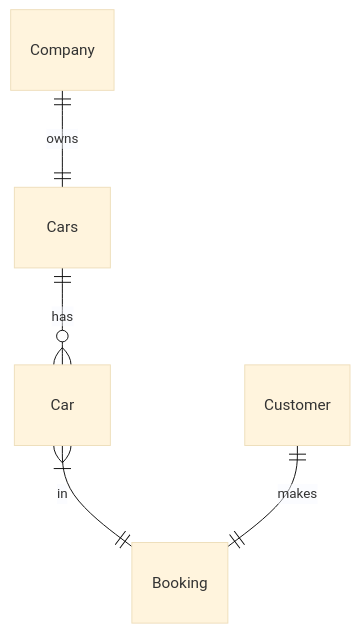
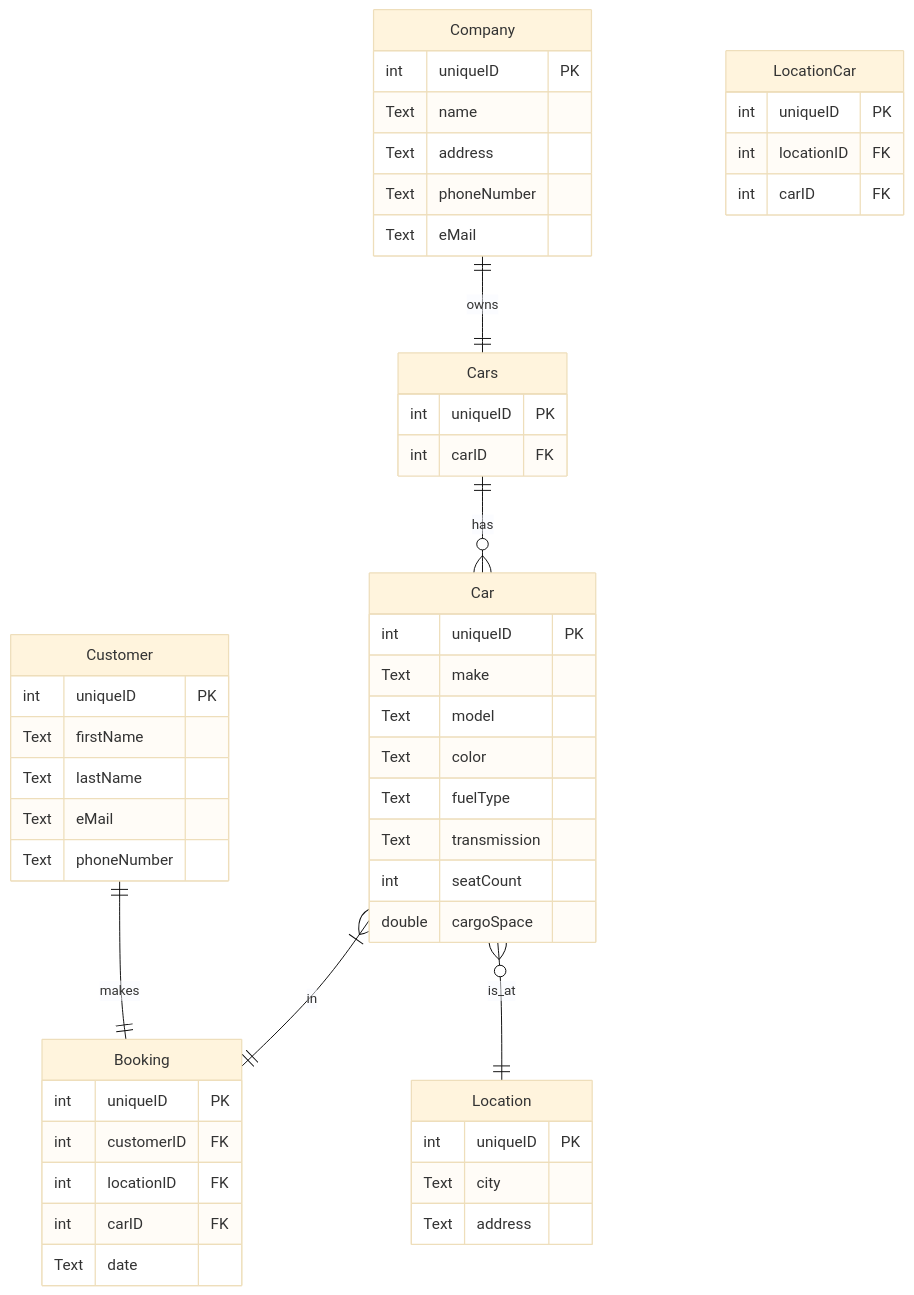
Before and after one commit to boolean-uk/java-data-modelling: the diagram in car-hire-company-er-diagram.md, drawn with Mermaid (base theme). The commit also changed 3 other files, not shown here.

Commit message:
Created Cars ER Diagram

`````diff
--- a/car-hire-company-er-diagram.md
+++ b/car-hire-company-er-diagram.md
@@ -1,22 +1,53 @@
 ````mermaid
 erDiagram
     Company {
-        
+        int uniqueID PK
+        Text name
+        Text address
+        Text phoneNumber
+        Text eMail
     }
     Cars {
-        
+        int uniqueID PK
+        int carID FK
     }
     Car {
-        
+        int uniqueID PK
+        Text make
+        Text model
+        Text color
+        Text fuelType
+        Text transmission
+        int seatCount
+        double cargoSpace
     }
     Customer {
-        
+        int uniqueID PK
+        Text firstName
+        Text lastName
+        Text eMail
+        Text phoneNumber
     }
     Booking {
-        
+        int uniqueID PK
+        int customerID FK
+        int locationID FK
+        int carID FK
+        Text date
+    }
+    Location{
+        int uniqueID PK
+        Text city
+        Text address
+    }
+    LocationCar {
+        int uniqueID PK
+        int locationID FK
+        int carID FK
     }
     Company ||--|| Cars : "owns"
     Car }|--|| Booking : "in"
     Cars ||--o{ Car : "has"
     Customer ||--|| Booking : "makes"
+    Car }o--|| Location : "is_at"
 ````
`````
